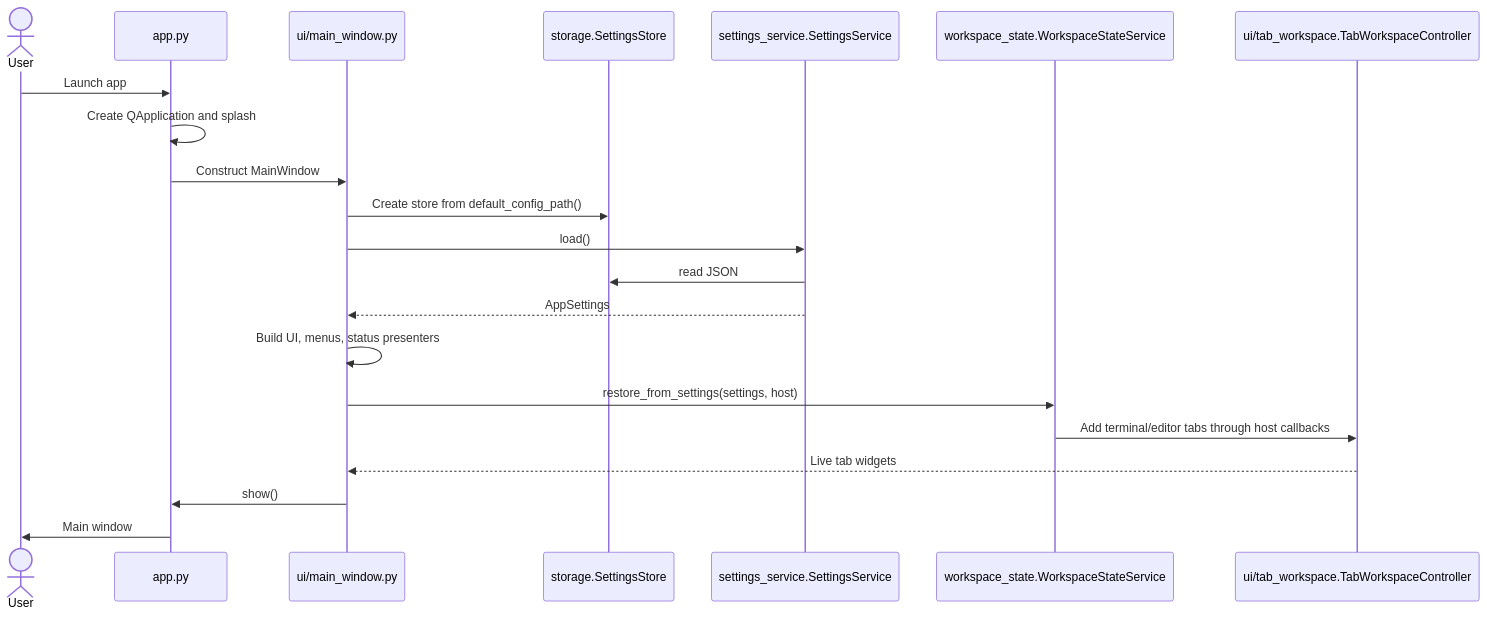
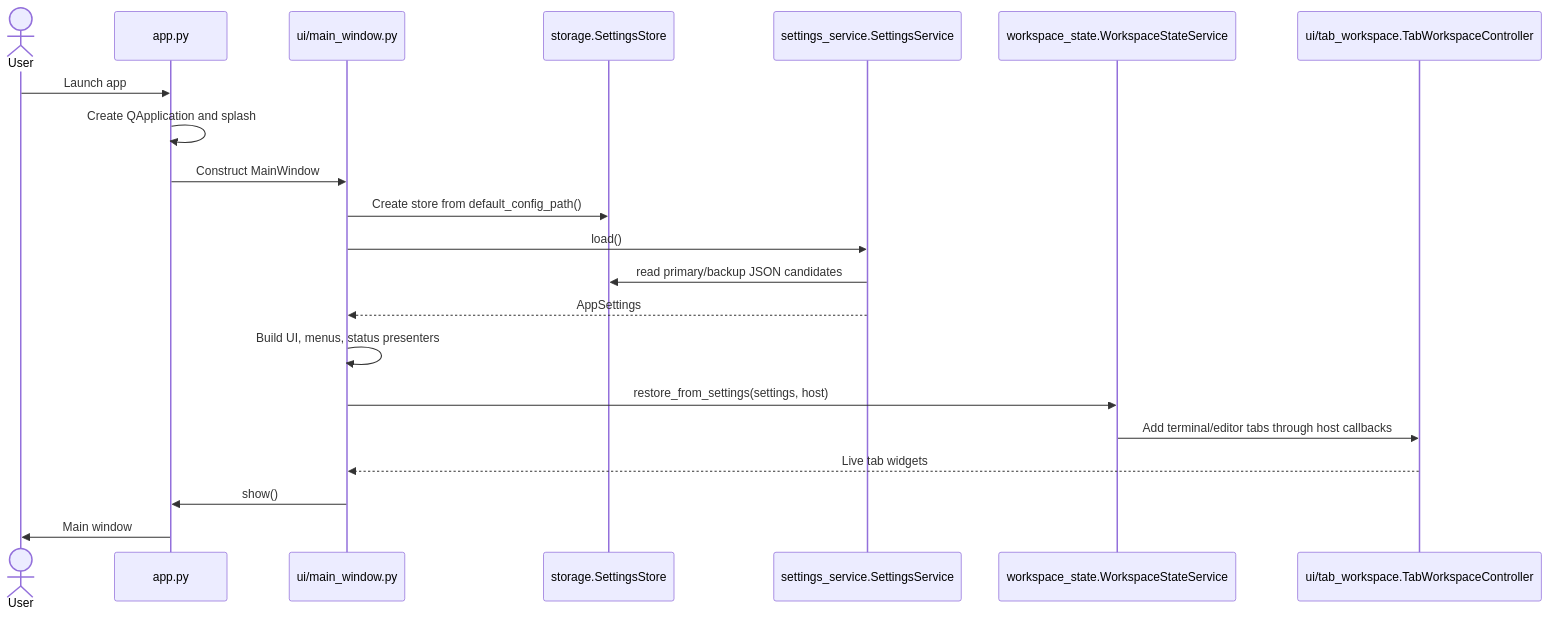
Before and after one commit to shuky-shukrun/ComPort-Zone: the fourth of 11 diagrams in docs/DESIGN.md, drawn with Mermaid. The commit also changed other lines of this file and 7 other files, not shown here.

````diff
--- a/docs/DESIGN.md
+++ b/docs/DESIGN.md
@@ -198,24 +201,24 @@
 ```mermaid
 sequenceDiagram
     actor User
     participant App as app.py
     participant Main as ui/main_window.py
     participant Store as storage.SettingsStore
     participant Settings as settings_service.SettingsService
     participant Workspace as workspace_state.WorkspaceStateService
     participant Tabs as ui/tab_workspace.TabWorkspaceController
 
     User->>App: Launch app
     App->>App: Create QApplication and splash
     App->>Main: Construct MainWindow
     Main->>Store: Create store from default_config_path()
     Main->>Settings: load()
-    Settings->>Store: read JSON
+    Settings->>Store: read primary/backup JSON candidates
     Settings-->>Main: AppSettings
     Main->>Main: Build UI, menus, status presenters
     Main->>Workspace: restore_from_settings(settings, host)
     Workspace->>Tabs: Add terminal/editor tabs through host callbacks
     Tabs-->>Main: Live tab widgets
     Main->>App: show()
     App->>User: Main window
 ```
````
